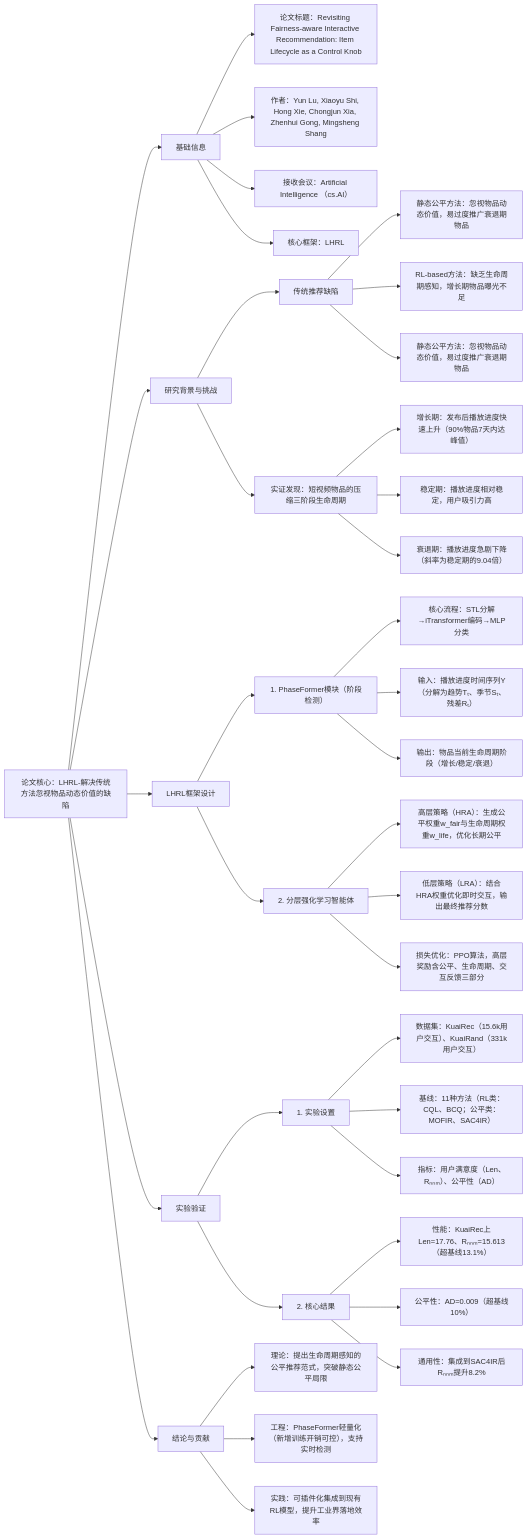
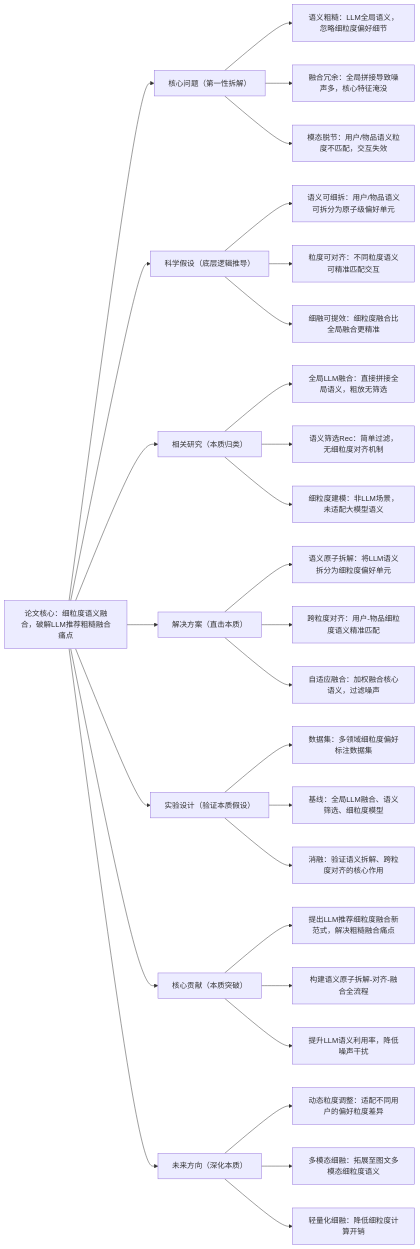
Before and after one commit to stephenZkang/recommended-paper-weekly-reading: the diagram in notes/2026/2602/3-week/004-LHRL.md, drawn with Mermaid. The commit also changed other lines of this file and 4 other files, not shown here.

````diff
--- a/notes/2026/2602/3-week/004-LHRL.md
+++ b/notes/2026/2602/3-week/004-LHRL.md
@@ -8,48 +9,39 @@
 ```mermaid
 graph LR
-A[论文核心：LHRL-解决传统方法忽视物品动态价值的缺陷] --> B[基础信息]
+    Root[论文核心：细粒度语义融合，破解LLM推荐粗糙融合痛点]
+    Root --> A[核心问题（第一性拆解）]
+    A --> A1[语义粗糙：LLM全局语义，忽略细粒度偏好细节]
+    A --> A2[融合冗余：全局拼接导致噪声多，核心特征淹没]
+    A --> A3[模态脱节：用户/物品语义粒度不匹配，交互失效]
+    
+    Root --> B[科学假设（底层逻辑推导）]
+    B --> B1[语义可细拆：用户/物品语义可拆分为原子级偏好单元]
+    B --> B2[粒度可对齐：不同粒度语义可精准匹配交互]
+    B --> B3[细融可提效：细粒度融合比全局融合更精准]
+    
+    Root --> C[相关研究（本质归类）]
+    C --> C1[全局LLM融合：直接拼接全局语义，粗放无筛选]
+    C --> C2[语义筛选Rec：简单过滤，无细粒度对齐机制]
+    C --> C3[细粒度建模：非LLM场景，未适配大模型语义]
+    
+    Root --> D[解决方案（直击本质）]
+    D --> D1[语义原子拆解：将LLM语义拆分为细粒度偏好单元]
+    D --> D2[跨粒度对齐：用户-物品细粒度语义精准匹配]
+    D --> D3[自适应融合：加权融合核心语义，过滤噪声]
+    
+    Root --> E[实验设计（验证本质假设）]
+    E --> E1[数据集：多领域细粒度偏好标注数据集]
+    E --> E2[基线：全局LLM融合、语义筛选、细粒度模型]
+    E --> E3[消融：验证语义拆解、跨粒度对齐的核心作用]
+    
+    Root --> F[核心贡献（本质突破）]
+    F --> F1[提出LLM推荐细粒度融合新范式，解决粗糙融合痛点]
+    F --> F2[构建语义原子拆解-对齐-融合全流程]
+    F --> F3[提升LLM语义利用率，降低噪声干扰]
+    
+    Root --> G[未来方向（深化本质）]
+    G --> G1[动态粒度调整：适配不同用户的偏好粒度差异]
+    G --> G2[多模态细融：拓展至图文多模态细粒度语义]
+    G --> G3[轻量化细融：降低细粒度计算开销]
 
-B --> B1[论文标题：Revisiting Fairness-aware Interactive Recommendation: Item Lifecycle as a Control Knob]
-B --> B2[作者：Yun Lu, Xiaoyu Shi, Hong Xie, Chongjun Xia, Zhenhui Gong, Mingsheng Shang]
-B --> B3[接收会议：Artificial Intelligence （cs.AI）]
-B --> B4[核心框架：LHRL]
-
-A --> C[研究背景与挑战]
-C --> C1[传统推荐缺陷]
-C1 --> C11[静态公平方法：忽视物品动态价值，易过度推广衰退期物品]
-C1 --> C12[RL-based方法：缺乏生命周期感知，增长期物品曝光不足]
-C1 --> C13[静态公平方法：忽视物品动态价值，易过度推广衰退期物品]
-C --> C2[实证发现：短视频物品的压缩三阶段生命周期]
-C2 --> C21[增长期：发布后播放进度快速上升（90%物品7天内达峰值）]
-C2 --> C22[稳定期：播放进度相对稳定，用户吸引力高]
-C2 --> C23[衰退期：播放进度急剧下降（斜率为稳定期的9.04倍）]
-
-A --> D[LHRL框架设计]
-
-D --> D1[1. PhaseFormer模块（阶段检测）]
-D1 --> D11[核心流程：STL分解→iTransformer编码→MLP分类]
-D1 --> D12[输入：播放进度时间序列Y（分解为趋势Tₜ、季节Sₜ、残差Rₜ）]
-D1 --> D13[输出：物品当前生命周期阶段（增长/稳定/衰退）]
-D --> D2[2. 分层强化学习智能体]
-D2 --> D21[高层策略（HRA）：生成公平权重w_fair与生命周期权重w_life，优化长期公平]
-D2 --> D22[低层策略（LRA）：结合HRA权重优化即时交互，输出最终推荐分数]
-D2 --> D23[损失优化：PPO算法，高层奖励含公平、生命周期、交互反馈三部分]
-
-
-A --> E[实验验证]
-
-E --> E1[1. 实验设置]
-E1 --> E11[数据集：KuaiRec（15.6k用户交互）、KuaiRand（331k用户交互）]
-E1 --> E12[基线：11种方法（RL类：CQL、BCQ；公平类：MOFIR、SAC4IR）]
-E1 --> E13[指标：用户满意度（Len、Rₙₙₘ）、公平性（AD）]
-E --> E2[2. 核心结果]
-E2 --> E21[性能：KuaiRec上Len=17.76、Rₙₙₘ=15.613（超基线13.1%）]
-E2 --> E22[公平性：AD=0.009（超基线10%）]
-E2 --> E23[通用性：集成到SAC4IR后Rₙₙₘ提升8.2%]
-
-A --> F[结论与贡献]
-
-F --> F1[理论：提出生命周期感知的公平推荐范式，突破静态公平局限]
-F --> F2[工程：PhaseFormer轻量化（新增训练开销可控），支持实时检测]
-F --> F3[实践：可插件化集成到现有RL模型，提升工业界落地效率]
 ```
````
